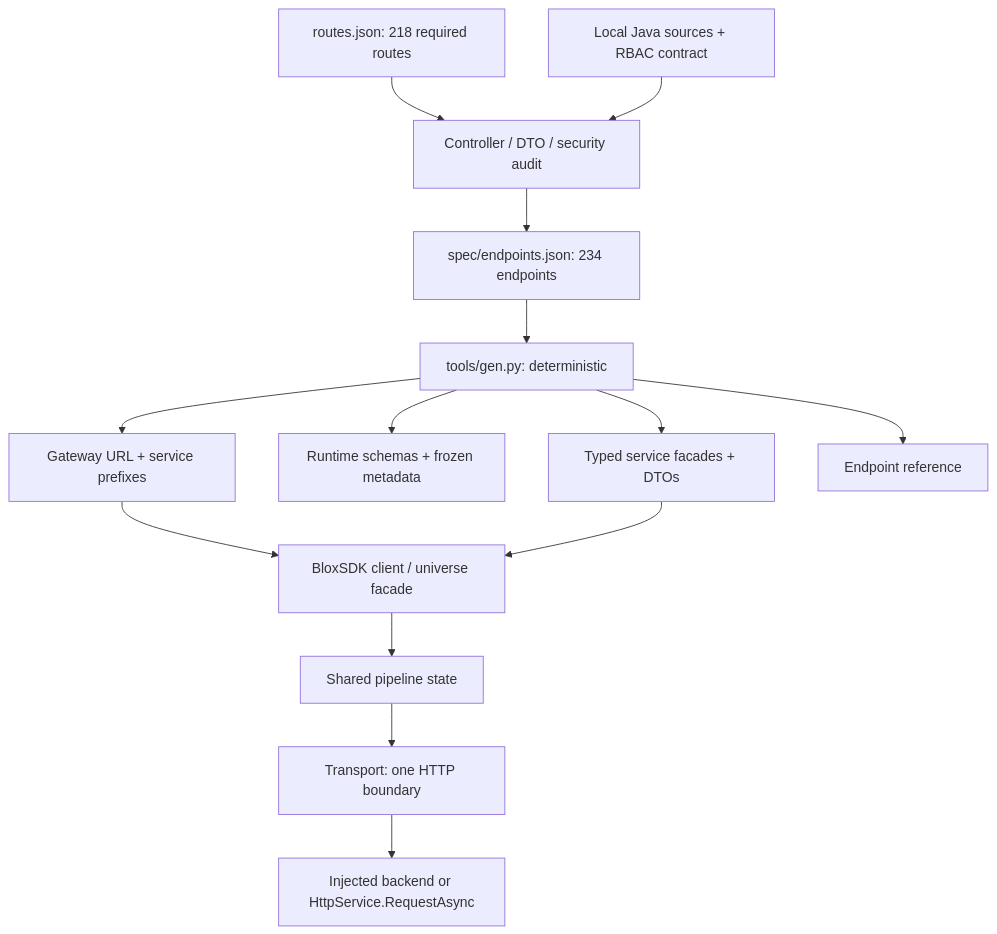
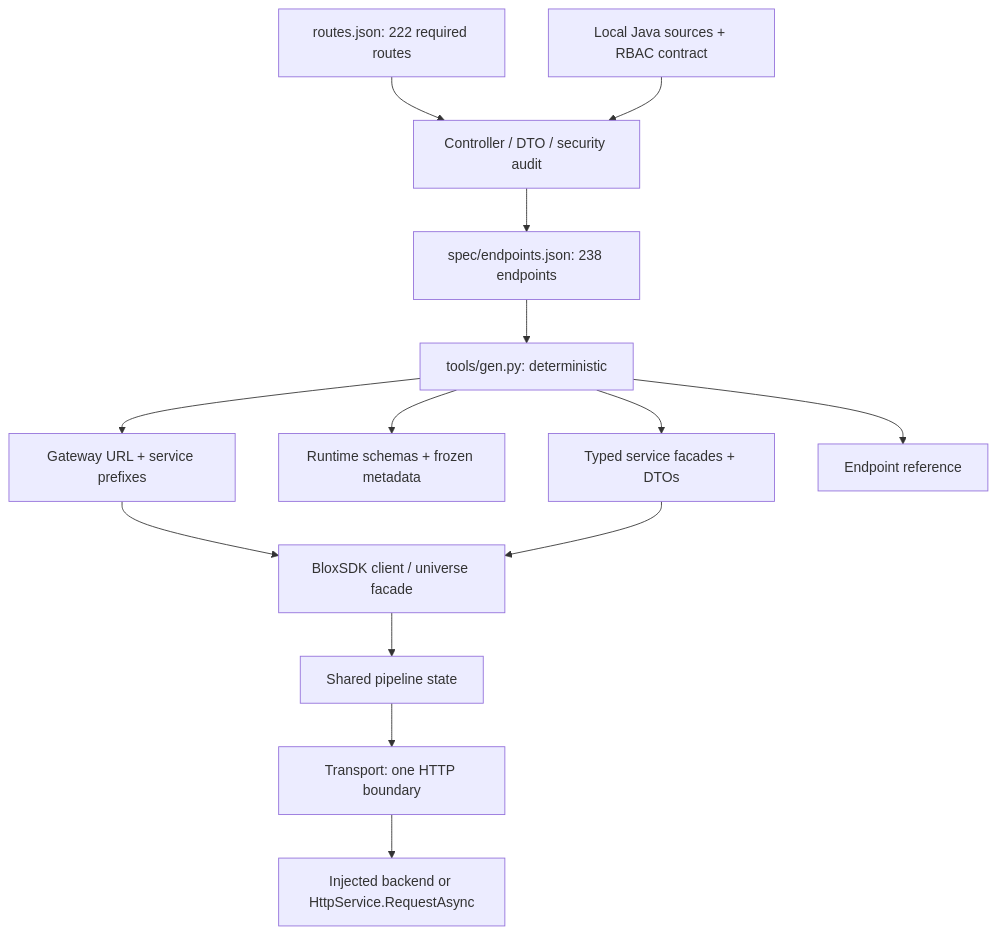
One commit to samjay22/blox-sdk changed the first of 2 diagrams in docs/ARCHITECTURE.md. Above: the diagram before and after it, drawn with Mermaid. The commit also changed other lines of this file and 135 other files, not shown here.

````diff
--- a/docs/ARCHITECTURE.md
+++ b/docs/ARCHITECTURE.md
@@ -3,16 +3,16 @@
 ```mermaid
 flowchart TD
-  Routes[routes.json: 218 required routes] --> Audit[Controller / DTO / security audit]
+  Routes[routes.json: 222 required routes] --> Audit[Controller / DTO / security audit]
   Java[Local Java sources + RBAC contract] --> Audit
-  Audit --> Spec[spec/endpoints.json: 234 endpoints]
+  Audit --> Spec[spec/endpoints.json: 238 endpoints]
   Spec --> Generator[tools/gen.py: deterministic]
   Generator --> Services[Typed service facades + DTOs]
   Generator --> Schemas[Runtime schemas + frozen metadata]
   Generator --> Routing[Gateway URL + service prefixes]
   Routing --> Client
   Generator --> Reference[Endpoint reference]
   Services --> Client[BloxSDK client / universe facade]
   Client --> Pipeline[Shared pipeline state]
   Pipeline --> Transport[Transport: one HTTP boundary]
   Transport --> Backend[Injected backend or HttpService.RequestAsync]
 ```
````
